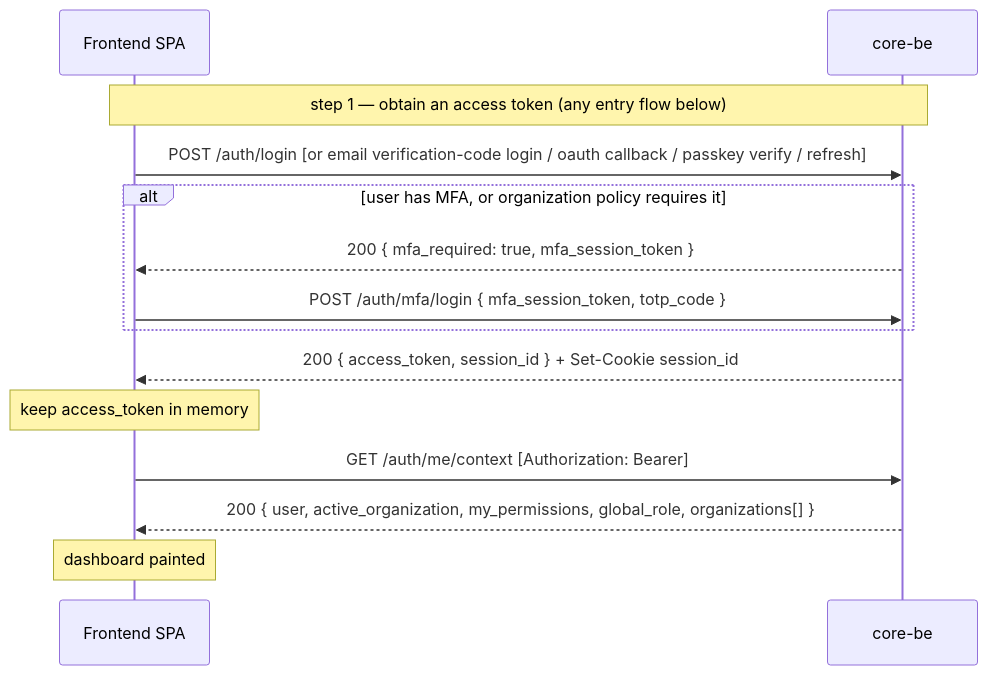
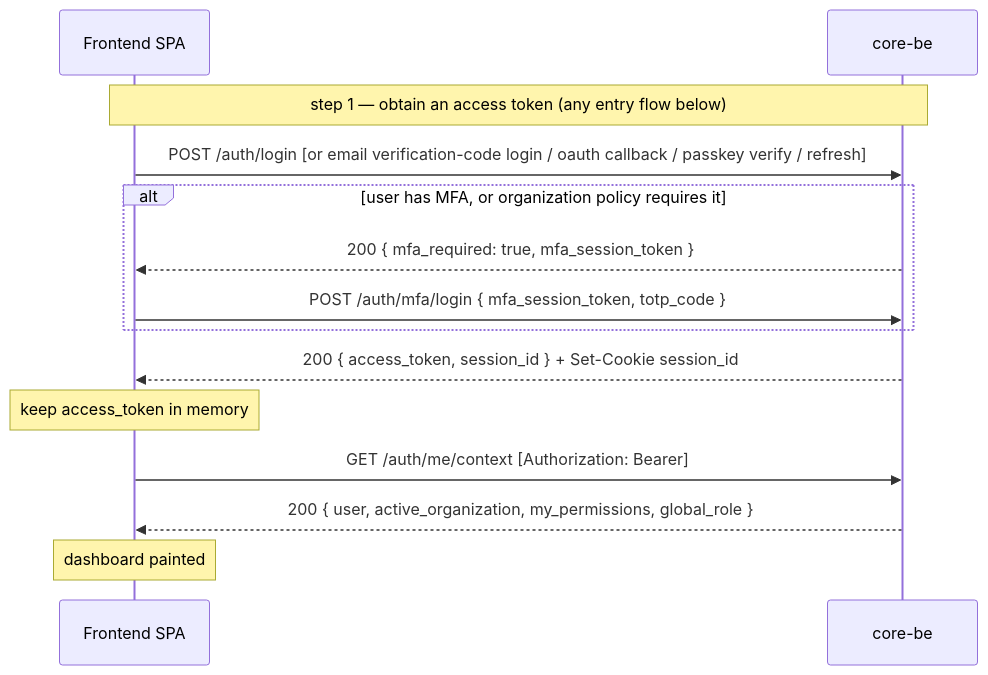
The second of 2 diagrams in docs/reference/api/frontend-auth-guide.md (Albetrios/core-be), drawn with Mermaid before and after one commit. The commit also changed other lines of this file and 17 other files, not shown here.

````diff
--- a/docs/reference/api/frontend-auth-guide.md
+++ b/docs/reference/api/frontend-auth-guide.md
@@ -176,16 +175,16 @@
 ```mermaid
 sequenceDiagram
   participant FE as Frontend SPA
   participant API as core-be
   Note over FE,API: step 1 — obtain an access token (any entry flow below)
   FE->>API: POST /auth/login  [or email verification-code login / oauth callback / passkey verify / refresh]
   alt user has MFA, or organization policy requires it
     API-->>FE: 200 { mfa_required: true, mfa_session_token }
     FE->>API: POST /auth/mfa/login { mfa_session_token, totp_code }
   end
   API-->>FE: 200 { access_token, session_id }  + Set-Cookie session_id
   Note over FE: keep access_token in memory
   FE->>API: GET /auth/me/context   [Authorization: Bearer]
-  API-->>FE: 200 { user, active_organization, my_permissions, global_role, organizations[] }
+  API-->>FE: 200 { user, active_organization, my_permissions, global_role }
   Note over FE: dashboard painted
 ```
````
